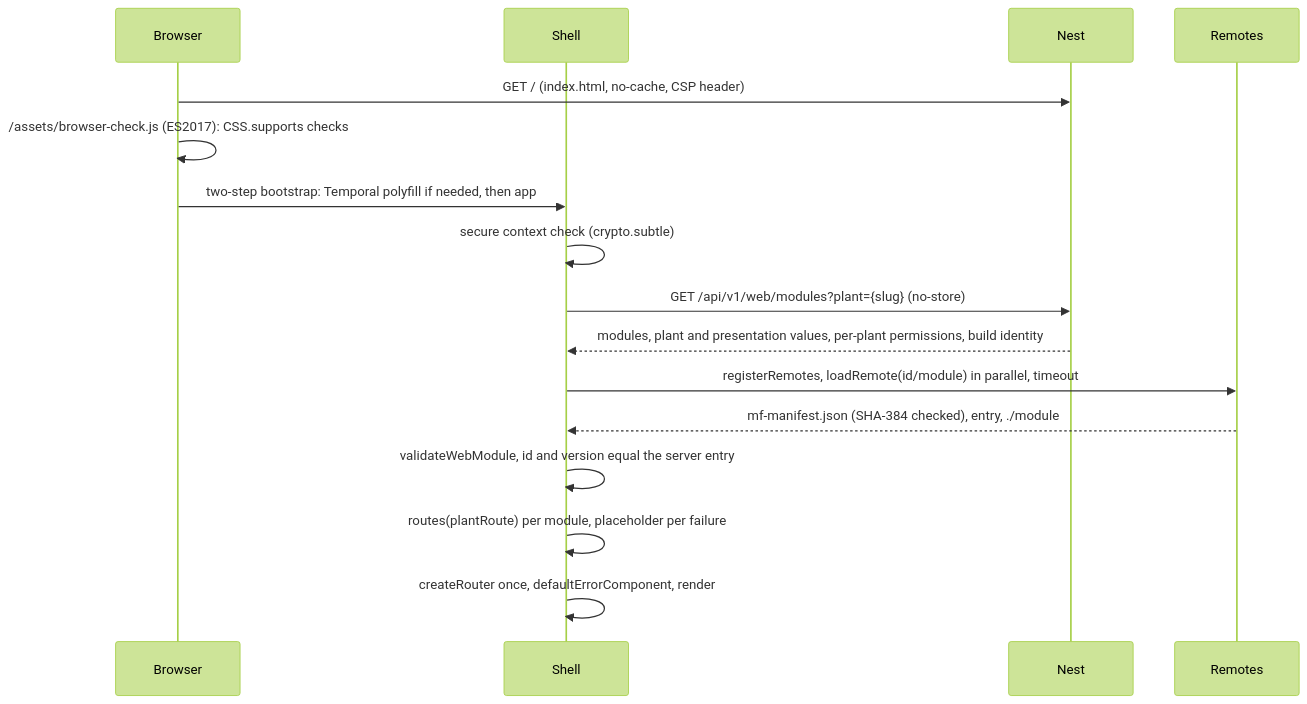
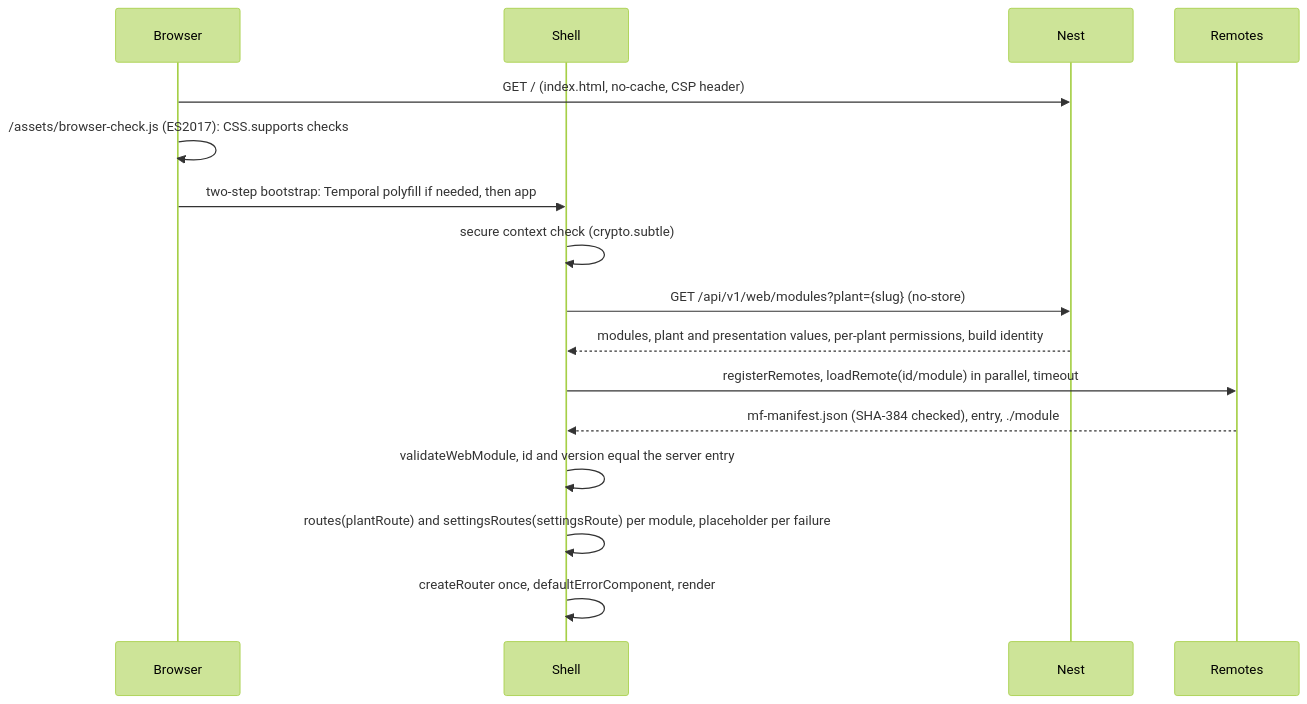
Before and after one commit to northMES/northmes: the second of 4 diagrams in docs/plan/06-web-and-ux.md, drawn with Mermaid (forest theme). The commit also changed other lines of this file and 25 other files, not shown here.

Commit message:
docs(design): record the in-page settings area and its routes (#326)

````diff
--- a/docs/plan/06-web-and-ux.md
+++ b/docs/plan/06-web-and-ux.md
@@ -162,18 +163,18 @@
 ```mermaid
 sequenceDiagram
   participant B as Browser
   participant S as Shell
   participant N as Nest
   participant R as Remotes
   B->>N: GET / (index.html, no-cache, CSP header)
   B->>B: /assets/browser-check.js (ES2017): CSS.supports checks
   B->>S: two-step bootstrap: Temporal polyfill if needed, then app
   S->>S: secure context check (crypto.subtle)
   S->>N: GET /api/v1/web/modules?plant={slug} (no-store)
   N-->>S: modules, plant and presentation values, per-plant permissions, build identity
   S->>R: registerRemotes, loadRemote(id/module) in parallel, timeout
   R-->>S: mf-manifest.json (SHA-384 checked), entry, ./module
   S->>S: validateWebModule, id and version equal the server entry
-  S->>S: routes(plantRoute) per module, placeholder per failure
+  S->>S: routes(plantRoute) and settingsRoutes(settingsRoute) per module, placeholder per failure
   S->>S: createRouter once, defaultErrorComponent, render
 ```
````
